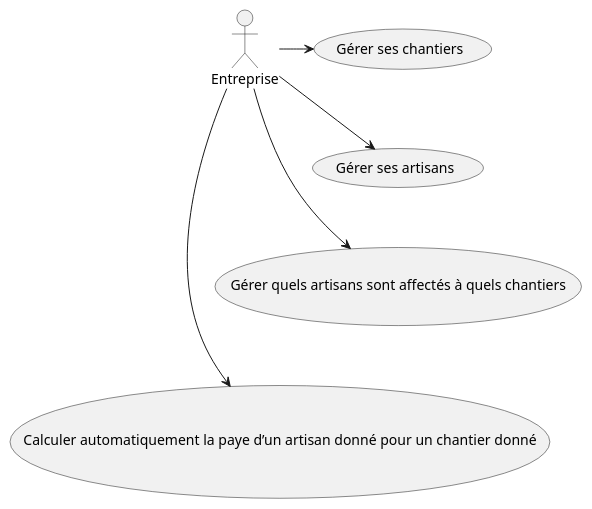
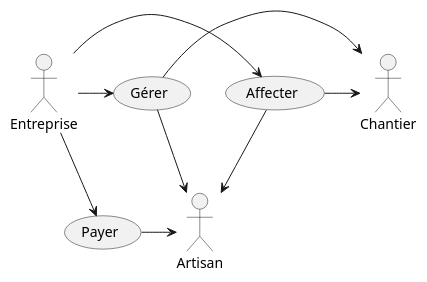
The diagram in uc.plantuml (IUT-Blagnac/r2-01-conception-td5-Chaounne), drawn with PlantUML before and after one commit. The commit also changed 2 other files, not shown here.

```diff
--- a/uc.plantuml
+++ b/uc.plantuml
@@ -1,20 +1,25 @@
 @startuml DC 
 
-usecase c as "Gérer ses chantiers"
-usecase a as "Gérer ses artisans"
-usecase ar as "Gérer quels artisans sont affectés à quels chantiers"
-usecase calc as "Calculer automatiquement la paye d’un artisan donné pour un chantier donné"
+usecase a as "Gérer"
+usecase af as "Affecter"
+usecase p as "Payer"
 
 actor Entreprise 
+actor Chantier
+actor Artisan
 
 'Pour aligner les 2 acteurs :
-c -[hidden]-> a
-a -[hidden]-> ar
-ar -[hidden]-> calc
+a -[hidden]-> p
+
 
 Entreprise -> a
-Entreprise -> c
-Entreprise -> ar
-Entreprise -> calc
+Entreprise -> p
+Entreprise -> af
+af -> Chantier
+af -> Artisan
+p -> Artisan
+a -> Artisan
+a -> Chantier
+
 
 @enduml
```
